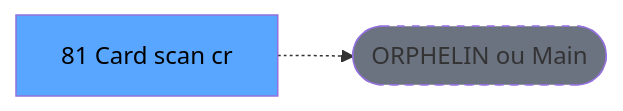
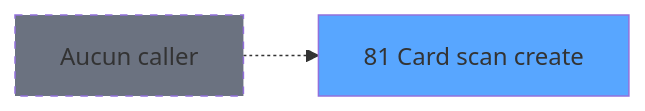
The second of 3 diagrams in .openspec/specs/ADH-IDE-81.md (thonyAGP/lecteur-magic), drawn with Mermaid before and after one commit. The commit also changed other lines of this file and 96 other files, not shown here.

````diff
--- a/.openspec/specs/ADH-IDE-81.md
+++ b/.openspec/specs/ADH-IDE-81.md
@@ -118,8 +194,8 @@
 ```mermaid
 graph LR
-    T[81    Card scan cr]
-    ORPHAN([ORPHELIN ou Main])
-    T -.-> ORPHAN
-    style T fill:#58a6ff,color:#000
-    style ORPHAN fill:#6b7280,stroke-dasharray: 5 5
+    T81[81 Card scan create]
+    style T81 fill:#58a6ff
+    NONE[Aucun caller]
+    NONE -.-> T81
+    style NONE fill:#6b7280,stroke-dasharray: 5 5
 ```
````
